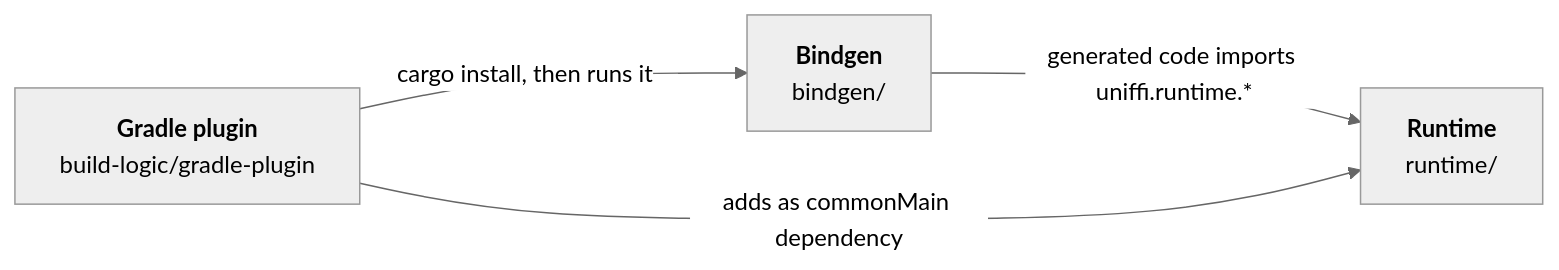
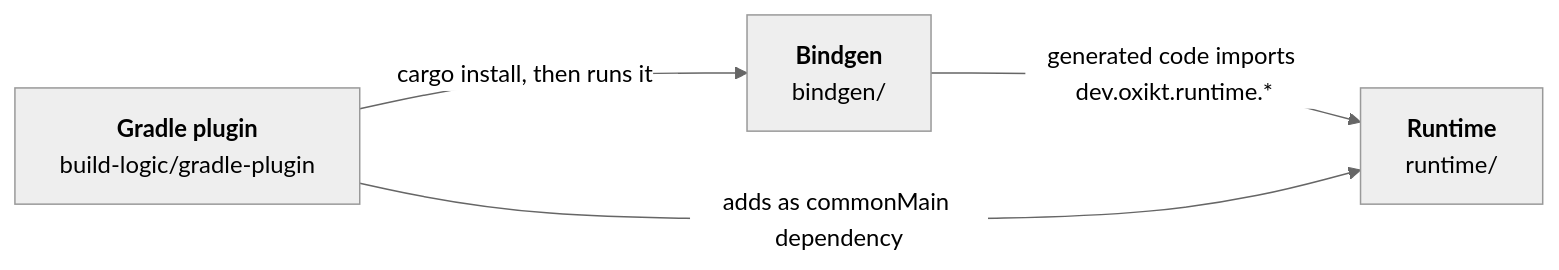
One commit to UbiqueInnovation/uniffi-kotlin-multiplatform-bindings changed the first of 2 diagrams in docs/internals/architecture.md. Above: the diagram before and after it, drawn with Mermaid (neutral theme). The commit also changed other lines of this file and 293 other files, not shown here.

````diff
--- a/docs/internals/architecture.md
+++ b/docs/internals/architecture.md
@@ -5,9 +5,9 @@
 ```mermaid
 graph LR
     plugin["<b>Gradle plugin</b><br/>build-logic/gradle-plugin"]
     bindgen["<b>Bindgen</b><br/>bindgen/"]
     runtime["<b>Runtime</b><br/>runtime/"]
     plugin -->|"cargo install, then runs it"| bindgen
-    bindgen -->|"generated code imports uniffi.runtime.*"| runtime
+    bindgen -->|"generated code imports dev.oxikt.runtime.*"| runtime
     plugin -->|"adds as commonMain dependency"| runtime
 ```
````
